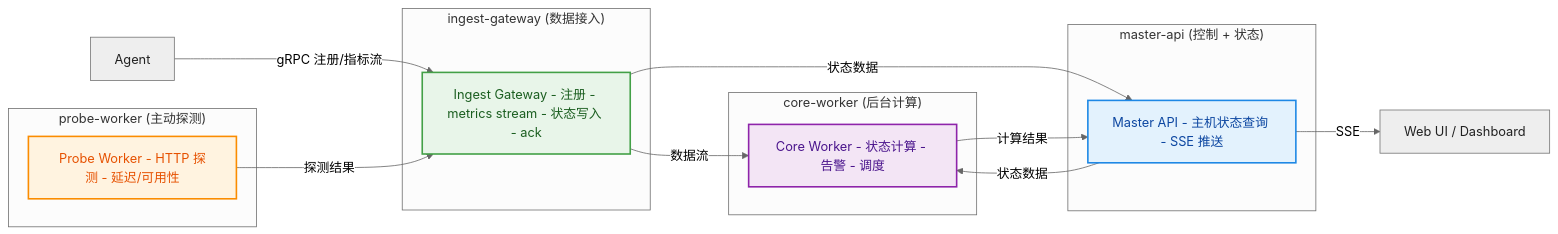
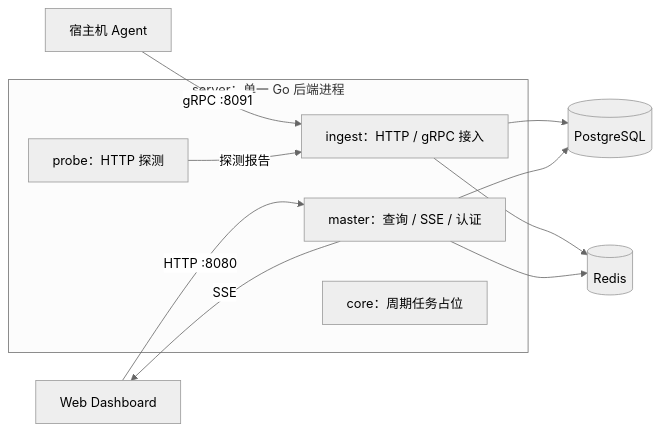
The diagram in README.md (gofxq/gaoming), drawn with Mermaid (neutral theme) before and after one commit. The commit also changed other lines of this file and 138 other files, not shown here.

````diff
--- a/README.md
+++ b/README.md
@@ -51,48 +51,21 @@
 ```mermaid
 flowchart LR
-    %% ===== External =====
-    Agent["Agent"]
-    UI["Web UI / Dashboard"]
-
-    %% ===== Control Plane =====
-    subgraph ControlPlane["master-api (控制 + 状态)"]
-        Master["Master API - 主机状态查询 - SSE 推送"]
+    Agent["宿主机 Agent"]
+    UI["Web Dashboard"]
+    subgraph Server["server：单一 Go 后端进程"]
+        Master["master：查询 / SSE / 认证"]
+        Ingest["ingest：HTTP / gRPC 接入"]
+        Core["core：周期任务占位"]
+        Probe["probe：HTTP 探测"]
     end
-
-    %% ===== Ingest Layer =====
-    subgraph IngestLayer["ingest-gateway (数据接入)"]
-        Ingest["Ingest Gateway - 注册 - metrics stream - 状态写入 - ack"]
-    end
-
-    %% ===== Compute Layer =====
-    subgraph ComputeLayer["core-worker (后台计算)"]
-        Core["Core Worker - 状态计算 - 告警 - 调度"]
-    end
-
-    %% ===== Probe =====
-    subgraph ProbeLayer["probe-worker (主动探测)"]
-        Probe["Probe Worker - HTTP 探测 - 延迟/可用性"]
-    end
-
-    %% ===== Flows =====
-    Agent -->|gRPC 注册/指标流| Ingest
+    PG[(PostgreSQL)]
+    Redis[(Redis)]
+    Agent -->|gRPC :8091| Ingest
+    UI -->|HTTP :8080| Master
     Master -->|SSE| UI
-    Probe -->|探测结果| Ingest
-    Ingest -->|数据流| Core
-    Ingest -->|状态数据| Master
-    Master -->|状态数据| Core
-    Core -->|计算结果| Master
-
-    %% ===== Styles =====
-    classDef control fill:#e3f2fd,stroke:#1e88e5,stroke-width:2px,color:#0d47a1;
-    classDef ingest fill:#e8f5e9,stroke:#43a047,stroke-width:2px,color:#1b5e20;
-    classDef compute fill:#f3e5f5,stroke:#8e24aa,stroke-width:2px,color:#4a148c;
-    classDef probe fill:#fff3e0,stroke:#fb8c00,stroke-width:2px,color:#e65100;
-    classDef external fill:#eeeeee,stroke:#757575,stroke-width:1px,color:#212121;
-
-    class Master control;
-    class Ingest ingest;
-    class Core compute;
-    class Probe probe;
-    class Agent,UI external;
+    Probe -->|探测报告| Ingest
+    Ingest --> PG
+    Ingest --> Redis
+    Master --> PG
+    Master --> Redis
 ```
````
